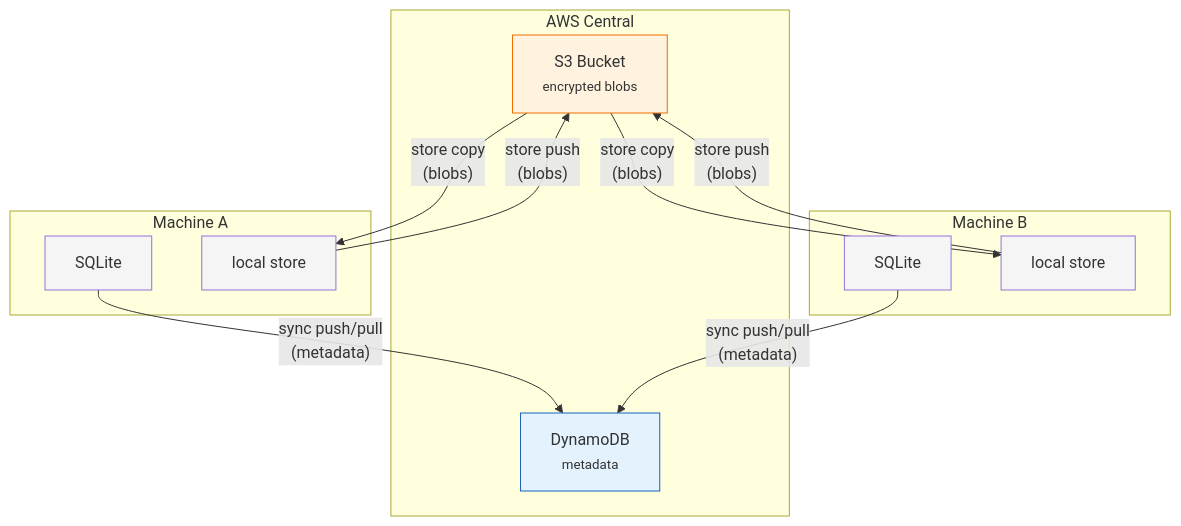
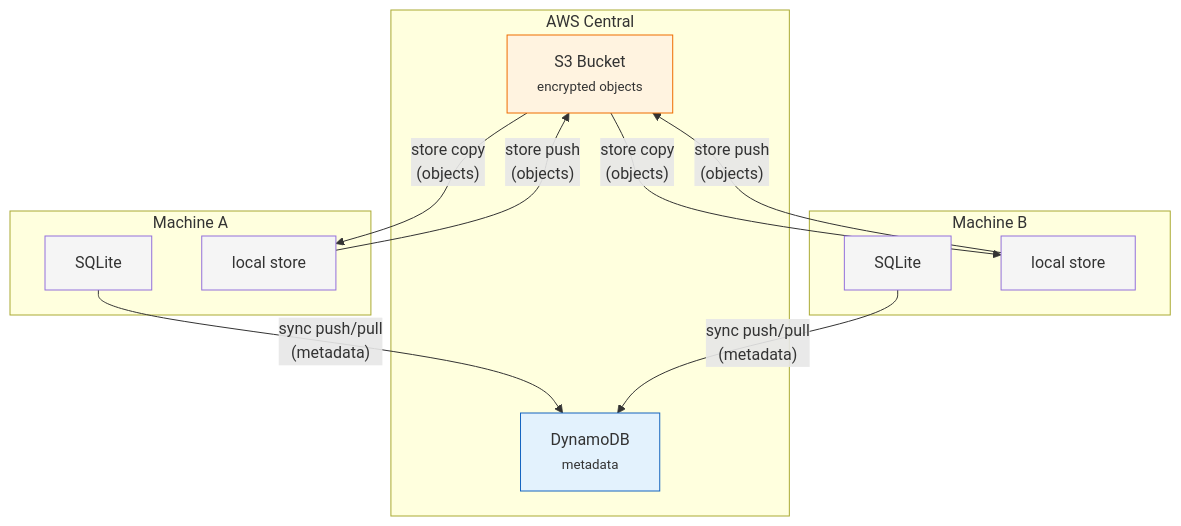
Before and after one commit to taskie/tome: the diagram in docs/arch/central-sync.md, drawn with Mermaid. The commit also changed other lines of this file and 34 other files, not shown here.

First line of the commit message:
refactor: rename blobs to objects across all crates and docs

````diff
--- a/docs/arch/central-sync.md
+++ b/docs/arch/central-sync.md
@@ -7,32 +7,32 @@
 ```mermaid
 graph TB
     subgraph AWS["AWS Central"]
         DDB["DynamoDB<br/><small>metadata</small>"]
-        S3["S3 Bucket<br/><small>encrypted blobs</small>"]
+        S3["S3 Bucket<br/><small>encrypted objects</small>"]
     end
 
     subgraph A["Machine A"]
         A_DB["SQLite"]
         A_ST["local store"]
     end
 
     subgraph B["Machine B"]
         B_DB["SQLite"]
         B_ST["local store"]
     end
 
     A_DB -- "sync push/pull<br/>(metadata)" --> DDB
     B_DB -- "sync push/pull<br/>(metadata)" --> DDB
 
-    A_ST -- "store push<br/>(blobs)" --> S3
-    B_ST -- "store push<br/>(blobs)" --> S3
-    S3 -- "store copy<br/>(blobs)" --> A_ST
-    S3 -- "store copy<br/>(blobs)" --> B_ST
+    A_ST -- "store push<br/>(objects)" --> S3
+    B_ST -- "store push<br/>(objects)" --> S3
+    S3 -- "store copy<br/>(objects)" --> A_ST
+    S3 -- "store copy<br/>(objects)" --> B_ST
 
     style DDB fill:#e3f2fd,stroke:#1565c0
     style S3 fill:#fff3e0,stroke:#ef6c00
     style A_DB fill:#f5f5f5
     style B_DB fill:#f5f5f5
     style A_ST fill:#f5f5f5
     style B_ST fill:#f5f5f5
 ```
````
